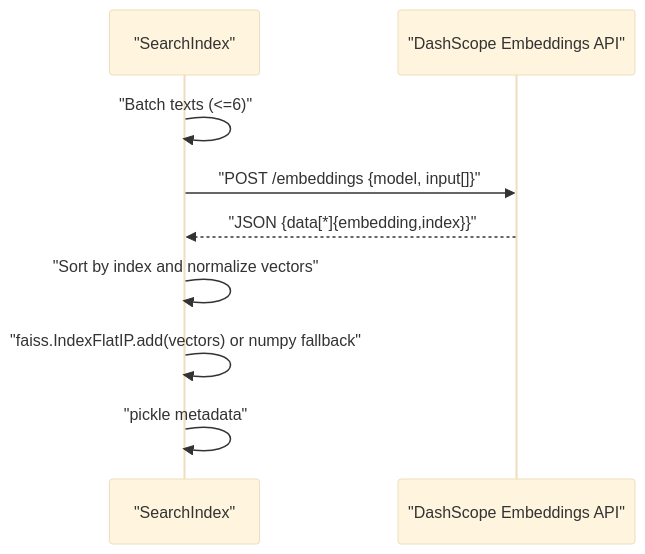
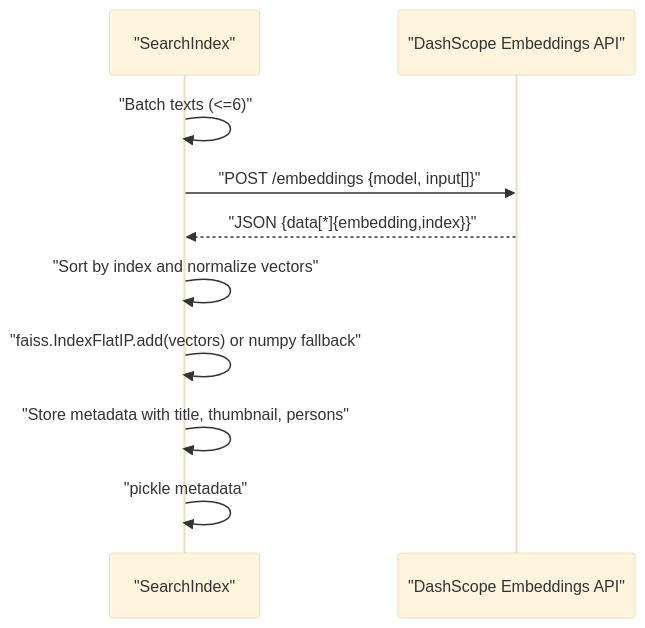
The fifth of 9 diagrams in .qoder/repowiki/en/content/Media Processing Pipeline/Search Index Stage.md (alexandreybasta-cyber/dubai-media-ai), drawn with Mermaid (base theme) before and after one commit. The commit also changed other lines of this file and 54 other files, not shown here.

````diff
--- a/.qoder/repowiki/en/content/Media Processing Pipeline/Search Index Stage.md
+++ b/.qoder/repowiki/en/content/Media Processing Pipeline/Search Index Stage.md
@@ -275,11 +284,12 @@
 ```mermaid
 sequenceDiagram
 participant SI as "SearchIndex"
 participant DS as "DashScope Embeddings API"
 SI->>SI : "Batch texts (<=6)"
 SI->>DS : "POST /embeddings {model, input[]}"
 DS-->>SI : "JSON {data[*]{embedding,index}}"
 SI->>SI : "Sort by index and normalize vectors"
 SI->>SI : "faiss.IndexFlatIP.add(vectors) or numpy fallback"
+SI->>SI : "Store metadata with title, thumbnail, persons"
 SI->>SI : "pickle metadata"
 ```
````
